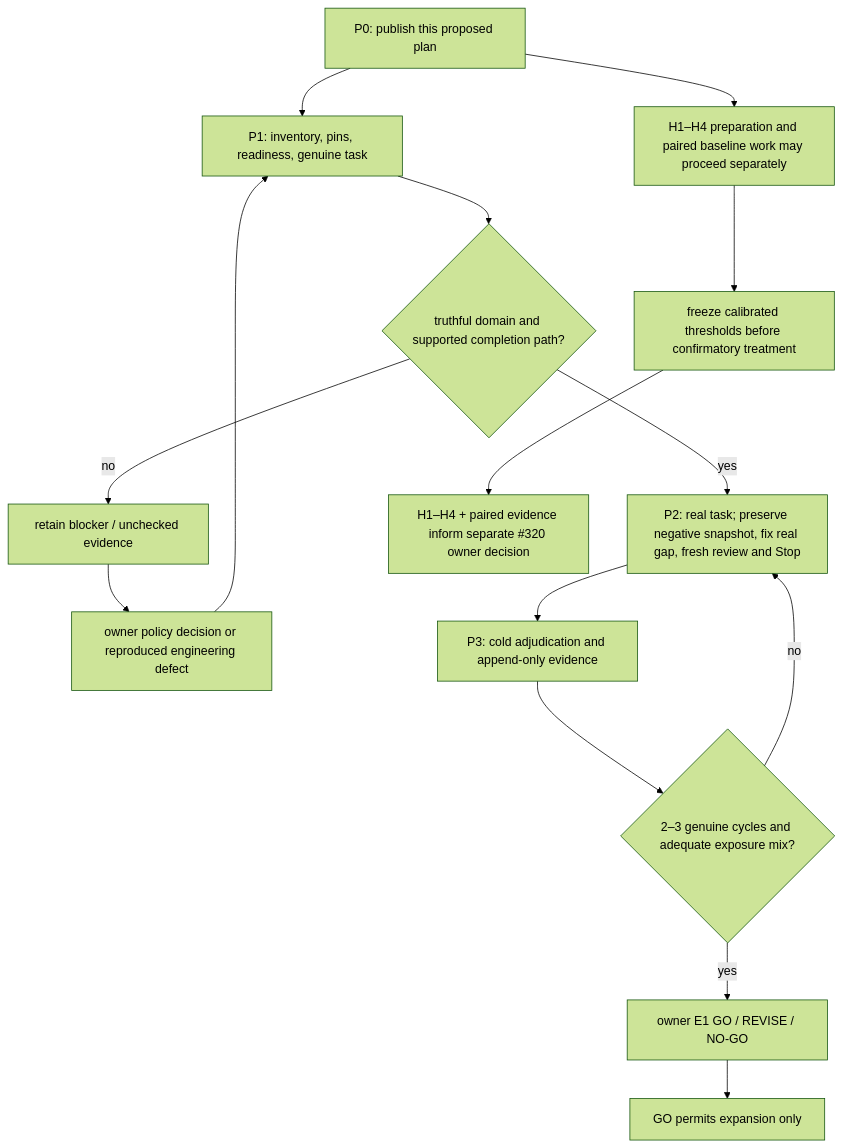
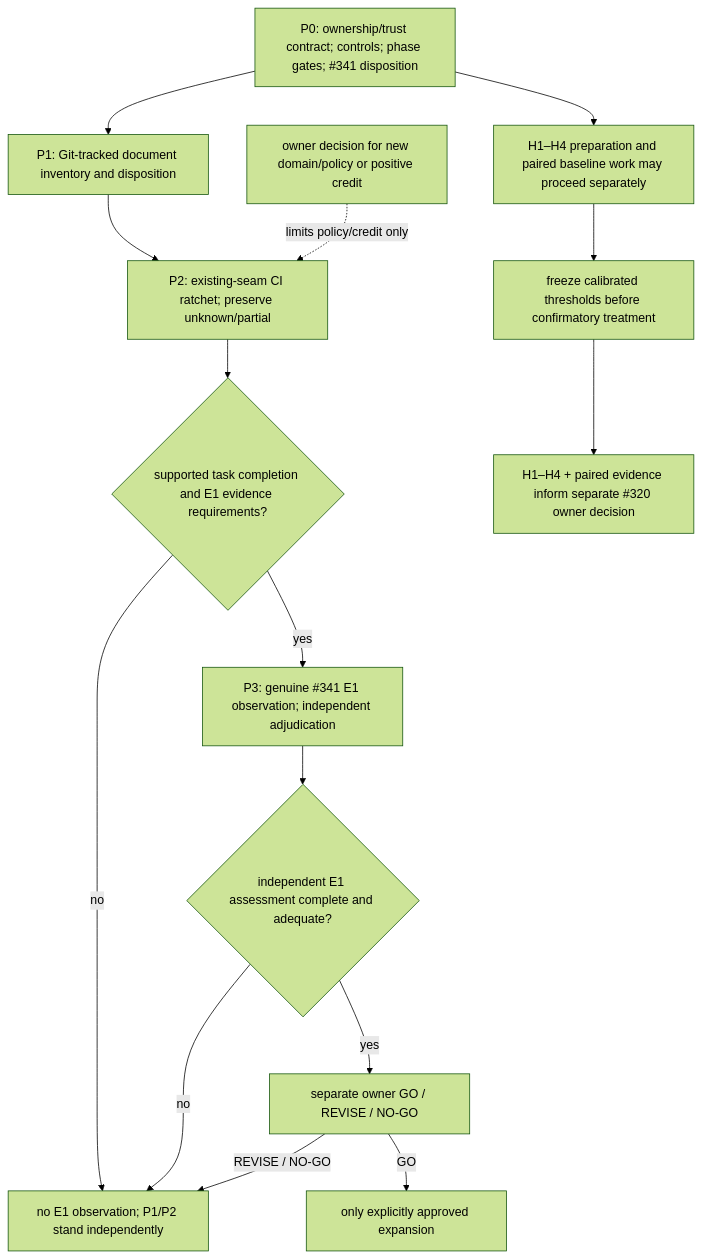
The second of 2 diagrams in docs/own-repo-governance-e1-plan-2026-10-25-2139.md (dyphn1/Harness-everything), drawn with Mermaid (forest theme) before and after one commit. The commit also changed other lines of this file, not shown here.

First line of the commit message:
docs(governance): document E1 plan

````diff
--- a/docs/own-repo-governance-e1-plan-2026-10-25-2139.md
+++ b/docs/own-repo-governance-e1-plan-2026-10-25-2139.md
@@ -35,17 +113,17 @@
 ```mermaid
 flowchart TD
-  P0["P0: publish this proposed plan"] --> P1["P1: inventory, pins, readiness, genuine task"]
-  P1 --> R{"truthful domain and supported completion path?"}
-  R -->|no| B["retain blocker / unchecked evidence"]
-  B --> O["owner policy decision or reproduced engineering defect"]
-  O --> P1
-  R -->|yes| P2["P2: real task; preserve negative snapshot, fix real gap, fresh review and Stop"]
-  P2 --> P3["P3: cold adjudication and append-only evidence"]
-  P3 --> D{"2–3 genuine cycles and adequate exposure mix?"}
-  D -->|no| P2
-  D -->|yes| E["owner E1 GO / REVISE / NO-GO"]
-  E --> X["GO permits expansion only"]
+  P0["P0: ownership/trust contract; controls; phase gates; #341 disposition"] --> P1["P1: Git-tracked document inventory and disposition"]
+  P1 --> P2["P2: existing-seam CI ratchet; preserve unknown/partial"]
+  P2 --> C{"supported task completion and E1 evidence requirements?"}
+  C -->|no| W["no E1 observation; P1/P2 stand independently"]
+  C -->|yes| P3["P3: genuine #341 E1 observation; independent adjudication"]
+  P3 --> D{"independent E1 assessment complete and adequate?"}
+  D -->|no| W
+  D -->|yes| A["separate owner GO / REVISE / NO-GO"]
+  A -->|GO| X["only explicitly approved expansion"]
+  A -->|REVISE / NO-GO| W
+  O["owner decision for new domain/policy or positive credit"] -. "limits policy/credit only" .-> P2
   P0 --> H["H1–H4 preparation and paired baseline work may proceed separately"]
   H --> T["freeze calibrated thresholds before confirmatory treatment"]
   T --> G["H1–H4 + paired evidence inform separate #320 owner decision"]
 ```
````
